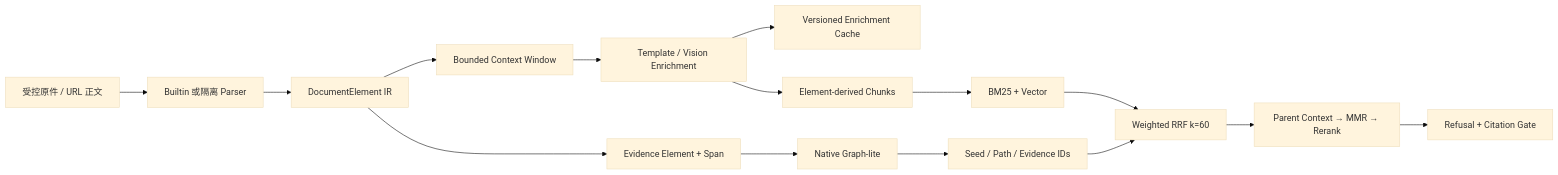
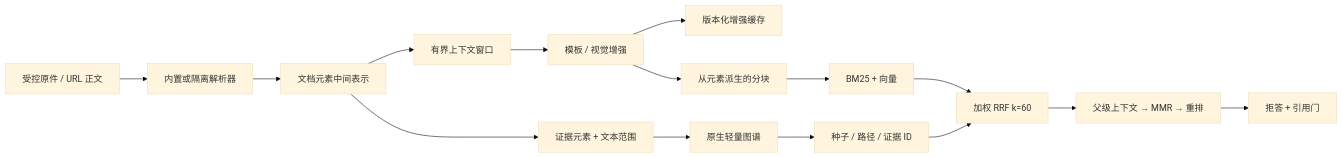
One commit to 728792899-create/personal-multimodal-rag changed the fourth of 6 diagrams in docs/architecture.md. Above: the diagram before and after it, drawn with Mermaid (base theme). The commit also changed other lines of this file and 156 other files, not shown here.

````diff
--- a/docs/architecture.md
+++ b/docs/architecture.md
@@ -169,17 +169,17 @@
 ```mermaid
 flowchart LR
-  SOURCE["受控原件 / URL 正文"] --> PARSER["Builtin 或隔离 Parser"]
-  PARSER --> IR["DocumentElement IR"]
-  IR --> CONTEXT["Bounded Context Window"]
-  CONTEXT --> ENRICH["Template / Vision Enrichment"]
-  ENRICH --> CACHE["Versioned Enrichment Cache"]
-  ENRICH --> CHUNK["Element-derived Chunks"]
-  IR --> PROVENANCE["Evidence Element + Span"]
-  PROVENANCE --> GRAPH["Native Graph-lite"]
-  GRAPH --> PATH["Seed / Path / Evidence IDs"]
-  CHUNK --> HYBRID["BM25 + Vector"]
-  PATH --> RRF["Weighted RRF k=60"]
+  SOURCE["受控原件 / URL 正文"] --> PARSER["内置或隔离解析器"]
+  PARSER --> IR["文档元素中间表示"]
+  IR --> CONTEXT["有界上下文窗口"]
+  CONTEXT --> ENRICH["模板 / 视觉增强"]
+  ENRICH --> CACHE["版本化增强缓存"]
+  ENRICH --> CHUNK["从元素派生的分块"]
+  IR --> PROVENANCE["证据元素 + 文本范围"]
+  PROVENANCE --> GRAPH["原生轻量图谱"]
+  GRAPH --> PATH["种子 / 路径 / 证据 ID"]
+  CHUNK --> HYBRID["BM25 + 向量"]
+  PATH --> RRF["加权 RRF k=60"]
   HYBRID --> RRF
-  RRF --> MMR["Parent Context → MMR → Rerank"]
-  MMR --> GATE["Refusal + Citation Gate"]
+  RRF --> MMR["父级上下文 → MMR → 重排"]
+  MMR --> GATE["拒答 + 引用门"]
 ```
````
